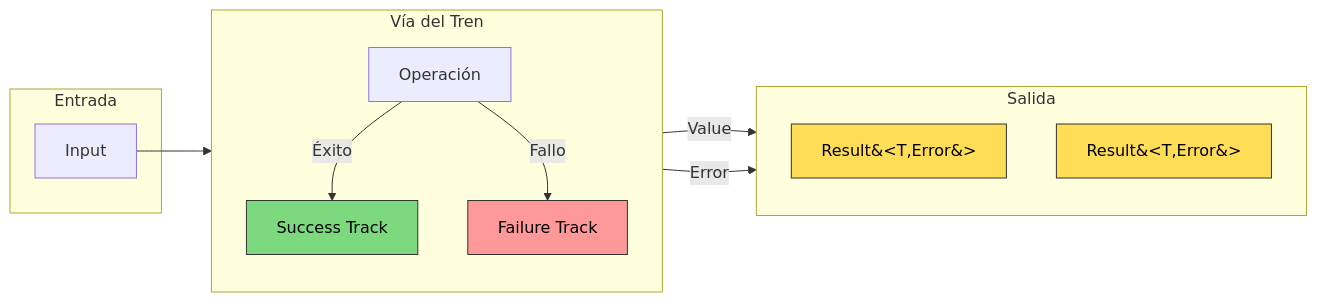
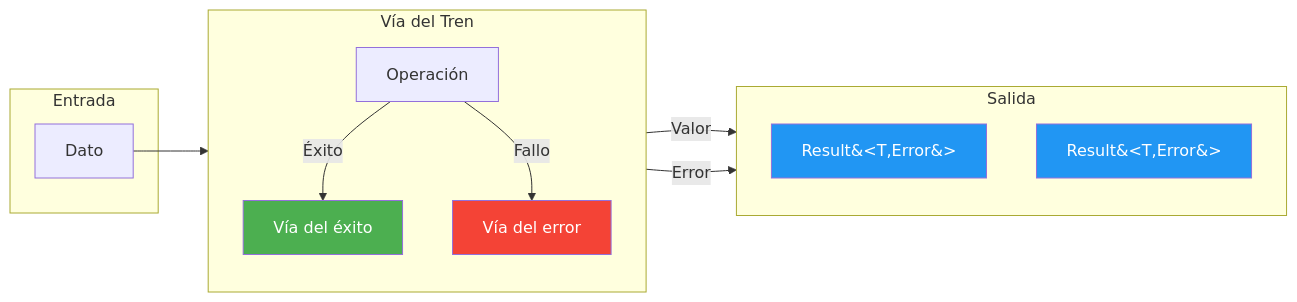
One commit to joseluisgs/DesarrolloWebEntornosServidor-01-2026-2027 changed the first of 5 diagrams in 15-rop-result.md. Above: the diagram before and after it, drawn with Mermaid. The commit also changed other lines of this file and 77 other files, not shown here.

````diff
--- a/15-rop-result.md
+++ b/15-rop-result.md
@@ -177,26 +177,26 @@
 ```mermaid
 flowchart LR
     subgraph Input["Entrada"]
-        I[Input]
+        I[Dato]
     end
 
     subgraph Track["Vía del Tren"]
         direction TB
         Op[Operación]
-        Op -->|"Éxito"| ST[Success Track]
-        Op -->|"Fallo"| FT[Failure Track]
+        Op -->|"Éxito"| ST[Vía del éxito]
+        Op -->|"Fallo"| FT[Vía del error]
     end
 
     subgraph Output["Salida"]
         direction TB
-        ST -->|"Value"| SV[Result&#60;T,Error&#62;]
+        ST -->|"Valor"| SV[Result&#60;T,Error&#62;]
         FT -->|"Error"| SE[Result&#60;T,Error&#62;]
     end
 
     I --> Op
 
-    style ST fill:#7cd97e,stroke:#333,color:#000
-    style FT fill:#ff9999,stroke:#333,color:#000
-    style SV fill:#ffdd57,stroke:#333,color:#000
-    style SE fill:#ffdd57,stroke:#333,color:#000
+    style ST fill:#4CAF50,color:#fff
+    style FT fill:#f44336,color:#fff
+    style SV fill:#2196F3,color:#fff
+    style SE fill:#2196F3,color:#fff
 ```
````
